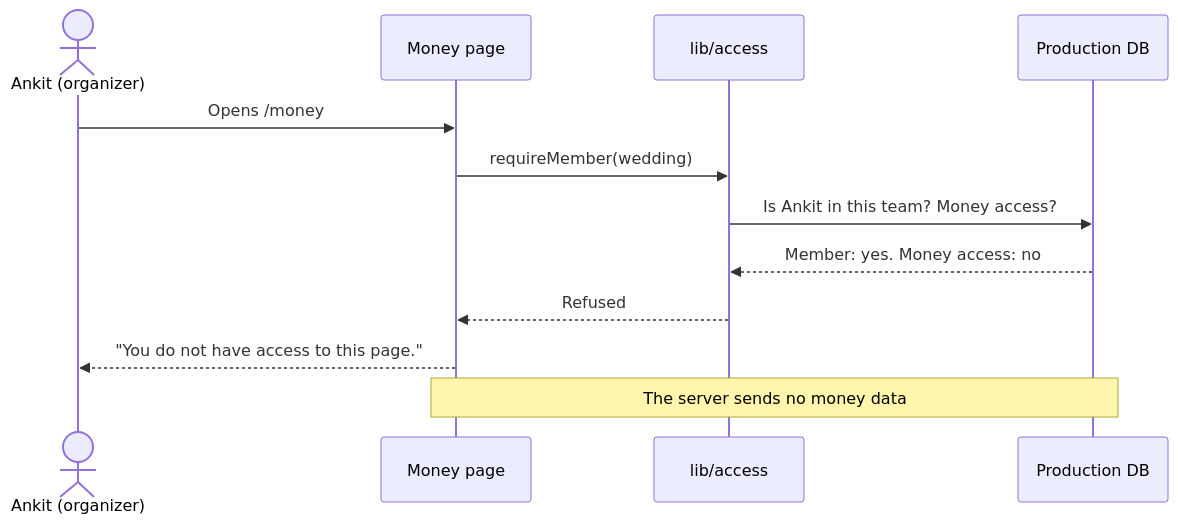
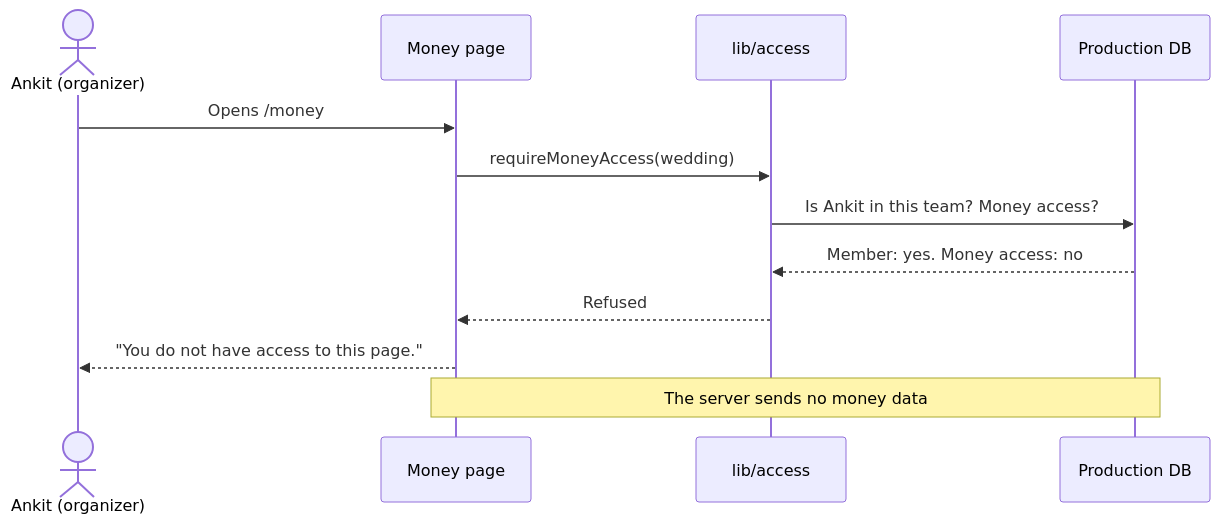
Before and after one commit to chanchal2003/Wedding-Planer-: the third of 5 diagrams in docs/architecture/2026-10-24-shaadidesk-architecture.md, drawn with Mermaid. The commit also changed other lines of this file and 3 other files, not shown here.

````diff
--- a/docs/architecture/2026-10-24-shaadidesk-architecture.md
+++ b/docs/architecture/2026-10-24-shaadidesk-architecture.md
@@ -115,15 +115,15 @@
 ```mermaid
 sequenceDiagram
   actor K as Ankit (organizer)
   participant P as Money page
   participant A as lib/access
   participant D as Production DB
 
   K->>P: Opens /money
-  P->>A: requireMember(wedding)
+  P->>A: requireMoneyAccess(wedding)
   A->>D: Is Ankit in this team? Money access?
   D-->>A: Member: yes. Money access: no
   A-->>P: Refused
   P-->>K: "You do not have access to this page."
   Note over P,D: The server sends no money data
 ```
````
